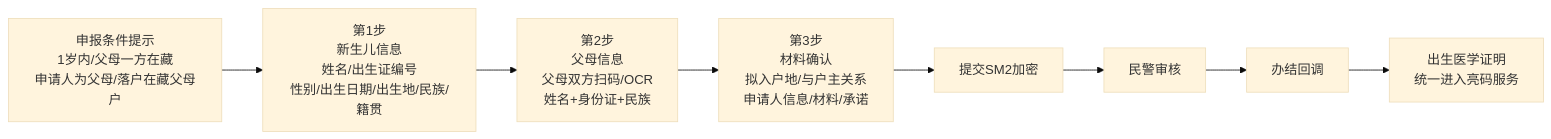
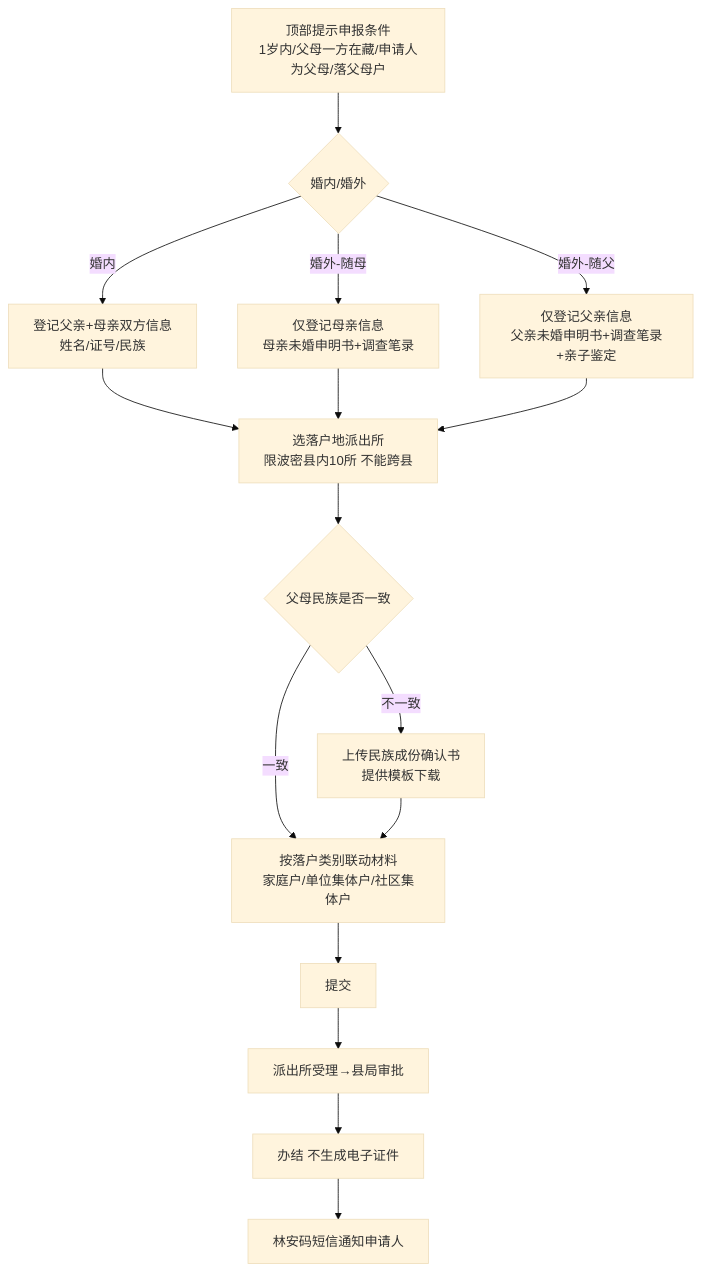
The second of 9 diagrams in 户政业务功能说明.md (ikid-zhang/linzhi-miniprogram-prototype), drawn with Mermaid (base theme) before and after one commit. The commit also changed other lines of this file and 1 other file, not shown here.

````diff
--- a/户政业务功能说明.md
+++ b/户政业务功能说明.md
@@ -267,8 +326,17 @@
 ```mermaid
-flowchart LR
-    S0[申报条件提示<br/>1岁内/父母一方在藏<br/>申请人为父母/落户在藏父母户] --> S1[第1步<br/>新生儿信息<br/>姓名/出生证编号<br/>性别/出生日期/出生地/民族/籍贯]
-    S1 --> S2[第2步<br/>父母信息<br/>父母双方扫码/OCR<br/>姓名+身份证+民族]
-    S2 --> S3[第3步<br/>材料确认<br/>拟入户地/与户主关系<br/>申请人信息/材料/承诺]
-    S3 --> SUB[提交SM2加密] --> AUD[民警审核] --> DONE[办结回调]
-    DONE --> CERT[出生医学证明<br/>统一进入亮码服务]
+flowchart TD
+    P0[顶部提示申报条件<br/>1岁内/父母一方在藏/申请人为父母/落父母户] --> P1{婚内/婚外}
+    P1 -->|婚内| P2A[登记父亲+母亲双方信息<br/>姓名/证号/民族]
+    P1 -->|婚外-随母| P2B[仅登记母亲信息<br/>母亲未婚申明书+调查笔录]
+    P1 -->|婚外-随父| P2C[仅登记父亲信息<br/>父亲未婚申明书+调查笔录+亲子鉴定]
+    P2A --> P3[选落户地派出所<br/>限波密县内10所 不能跨县]
+    P2B --> P3
+    P2C --> P3
+    P3 --> P4{父母民族是否一致}
+    P4 -->|不一致| P5[上传民族成份确认书<br/>提供模板下载]
+    P4 -->|一致| P6[按落户类别联动材料<br/>家庭户/单位集体户/社区集体户]
+    P5 --> P6
+    P6 --> SUB[提交] --> AUD[派出所受理→县局审批]
+    AUD --> DONE[办结 不生成电子证件]
+    DONE --> SMS[林安码短信通知申请人]
 ```
````
